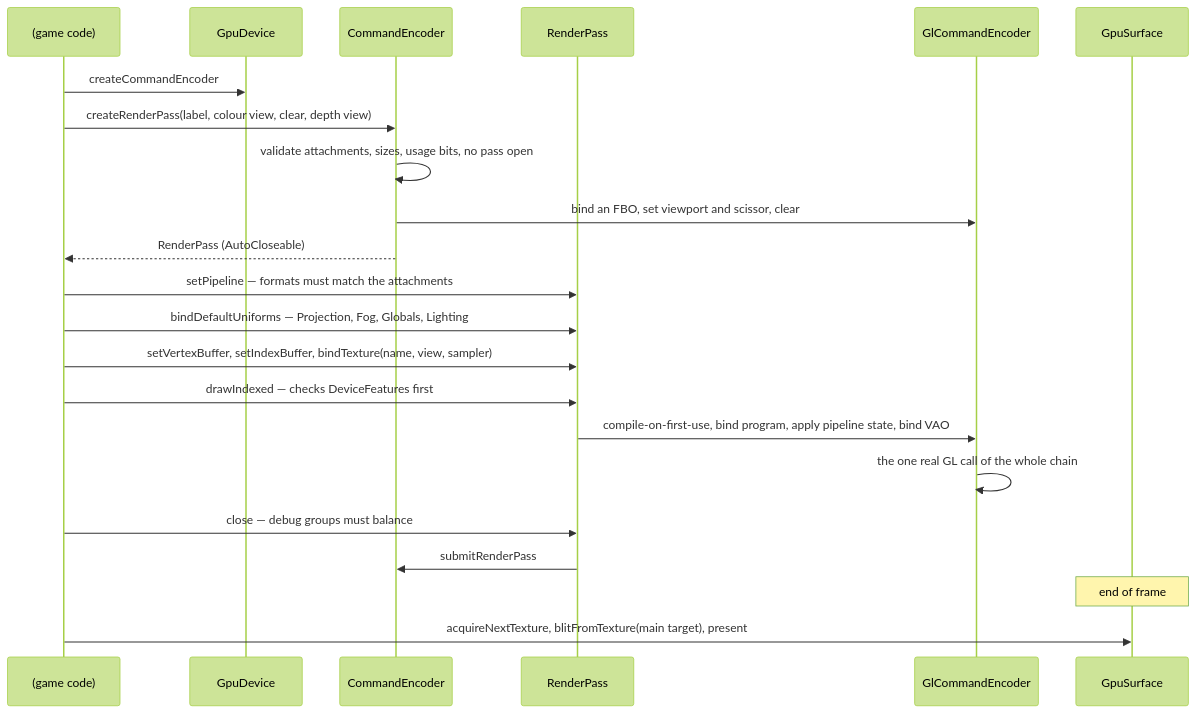
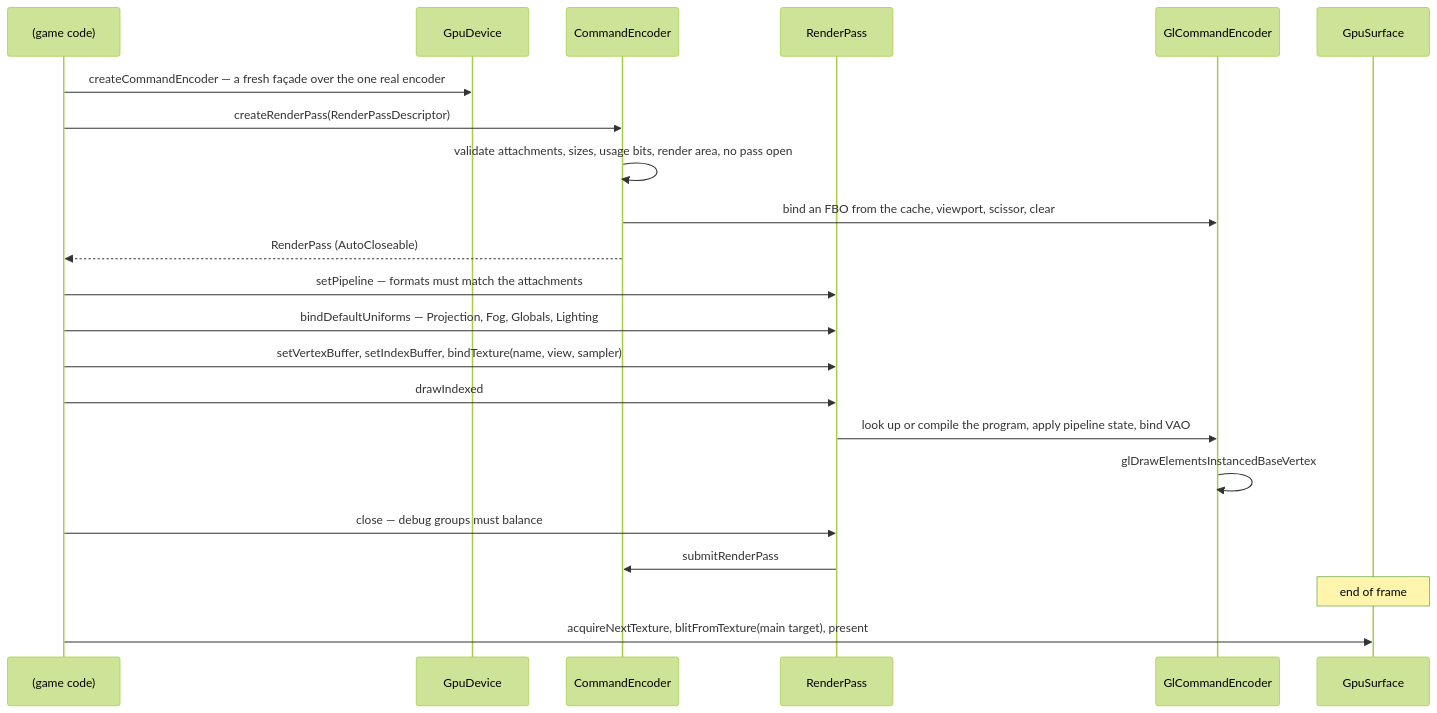
Before and after one commit to AlexanderjFraser/MinecraftDocs: the diagram in src/systems/rendering/blaze3d.md, drawn with Mermaid (forest theme). The commit also changed other lines of this file and 14 other files, not shown here.

````diff
--- a/src/systems/rendering/blaze3d.md
+++ b/src/systems/rendering/blaze3d.md
@@ -134,25 +207,25 @@
 ```mermaid
 sequenceDiagram
     participant G as (game code)
     participant D as GpuDevice
     participant CE as CommandEncoder
     participant RP as RenderPass
     participant B as GlCommandEncoder
     participant S as GpuSurface
 
-    G->>D: createCommandEncoder
-    G->>CE: createRenderPass(label, colour view, clear, depth view)
-    CE->>CE: validate attachments, sizes, usage bits, no pass open
-    CE->>B: bind an FBO, set viewport and scissor, clear
+    G->>D: createCommandEncoder — a fresh façade over the one real encoder
+    G->>CE: createRenderPass(RenderPassDescriptor)
+    CE->>CE: validate attachments, sizes, usage bits, render area, no pass open
+    CE->>B: bind an FBO from the cache, viewport, scissor, clear
     CE-->>G: RenderPass (AutoCloseable)
     G->>RP: setPipeline — formats must match the attachments
     G->>RP: bindDefaultUniforms — Projection, Fog, Globals, Lighting
     G->>RP: setVertexBuffer, setIndexBuffer, bindTexture(name, view, sampler)
-    G->>RP: drawIndexed — checks DeviceFeatures first
-    RP->>B: compile-on-first-use, bind program, apply pipeline state, bind VAO
-    B->>B: the one real GL call of the whole chain
+    G->>RP: drawIndexed
+    RP->>B: look up or compile the program, apply pipeline state, bind VAO
+    B->>B: glDrawElementsInstancedBaseVertex
     G->>RP: close — debug groups must balance
     RP->>CE: submitRenderPass
     Note over S: end of frame
     G->>S: acquireNextTexture, blitFromTexture(main target), present
 ```
````
